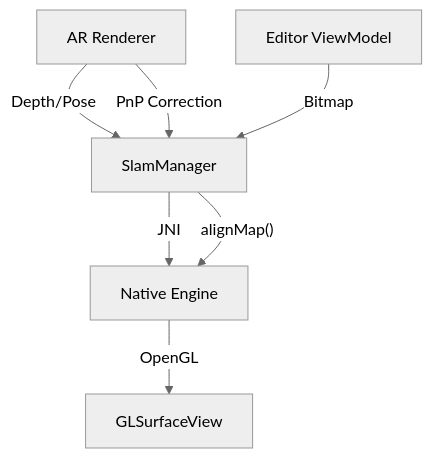
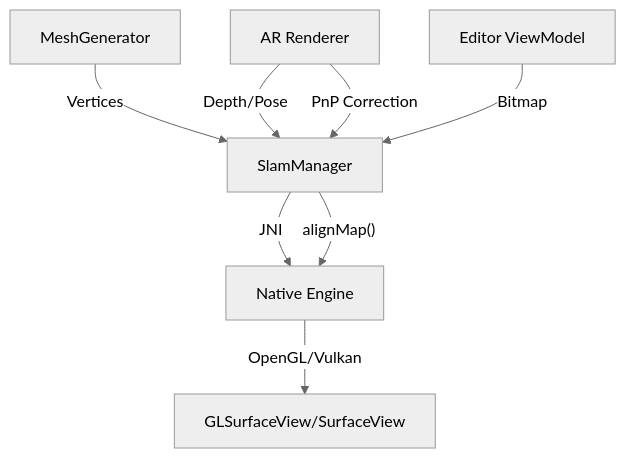
Before and after one commit to HereLiesAz/GraffitiXR: the diagram in docs/ARCHITECTURE.md, drawn with Mermaid (neutral theme). The commit also changed other lines of this file and 18 other files, not shown here.

First line of the commit message:
Implement LiDAR mesh generation, light estimation, and experimental Vulkan rendering

````diff
--- a/docs/ARCHITECTURE.md
+++ b/docs/ARCHITECTURE.md
@@ -23,8 +31,9 @@
 ```mermaid
 graph TD
     AR[AR Renderer] -- Depth/Pose --> SM[SlamManager]
+    MS[MeshGenerator] -- Vertices --> SM
     ED[Editor ViewModel] -- Bitmap --> SM
     SM -- JNI --> Cpp[Native Engine]
-    Cpp -- OpenGL --> Surface[GLSurfaceView]
+    Cpp -- OpenGL/Vulkan --> Surface[GLSurfaceView/SurfaceView]
     AR -- PnP Correction --> SM -- alignMap() --> Cpp
 ```
````
